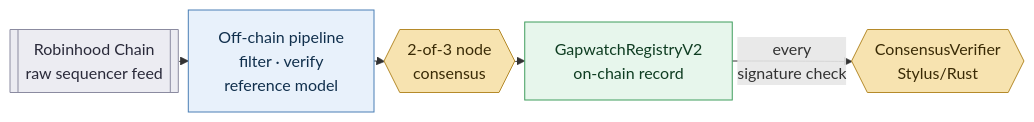
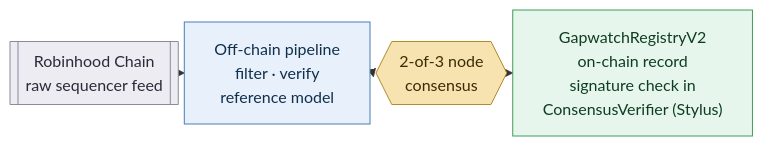
One commit to pplmaverick/gapwatch changed the diagram in README.md. Above: the diagram before and after it, drawn with Mermaid.

Commit message:
Narrow README overview diagram so GitHub's chart controls stop clipping it
Mermaid emits width:100% with max-width set to the diagram's intrinsic
width, so any diagram wider than the ~900px README column stretches to
fill it and collides with GitHub's floating chart controls in the top
right. The previous overview was 1038px intrinsic with its rightmost node
flush against the edge. Folding ConsensusVerifier into the registry node
brings it to 770px, leaving 130px of clear space at the container's right
and rendering at 100% text size with no downscaling.

````diff
--- a/README.md
+++ b/README.md
@@ -67,22 +67,17 @@
 ```mermaid
-%%{init: {"flowchart": {"nodeSpacing": 10, "rankSpacing": 10}}}%%
+%%{init: {"flowchart": {"nodeSpacing": 6, "rankSpacing": 6}}}%%
 flowchart LR
     A[["Robinhood Chain<br/>raw sequencer feed"]]
     B["Off-chain pipeline<br/>filter · verify<br/>reference model"]
     C{{"2-of-3 node<br/>consensus"}}
-    D["GapwatchRegistryV2<br/>on-chain record"]
-    E{{"ConsensusVerifier<br/>Stylus/Rust"}}
-
+    D["GapwatchRegistryV2<br/>on-chain record<br/>signature check in<br/>ConsensusVerifier (Stylus)"]
     A --> B --> C --> D
-    D -- "every<br/>signature check" --> E
-
     classDef offchain fill:#e8f1fb,stroke:#4a7fb5,color:#11304d
     classDef onchain fill:#e7f6ec,stroke:#3f9d5d,color:#0f3d22
     classDef gate fill:#f7e3b0,stroke:#b58a2a,color:#3a2b06
     classDef source fill:#ececf2,stroke:#8b8ba0,color:#2a2a3a
-
     class B offchain
     class D onchain
-    class C,E gate
+    class C gate
     class A source
 ```
````
